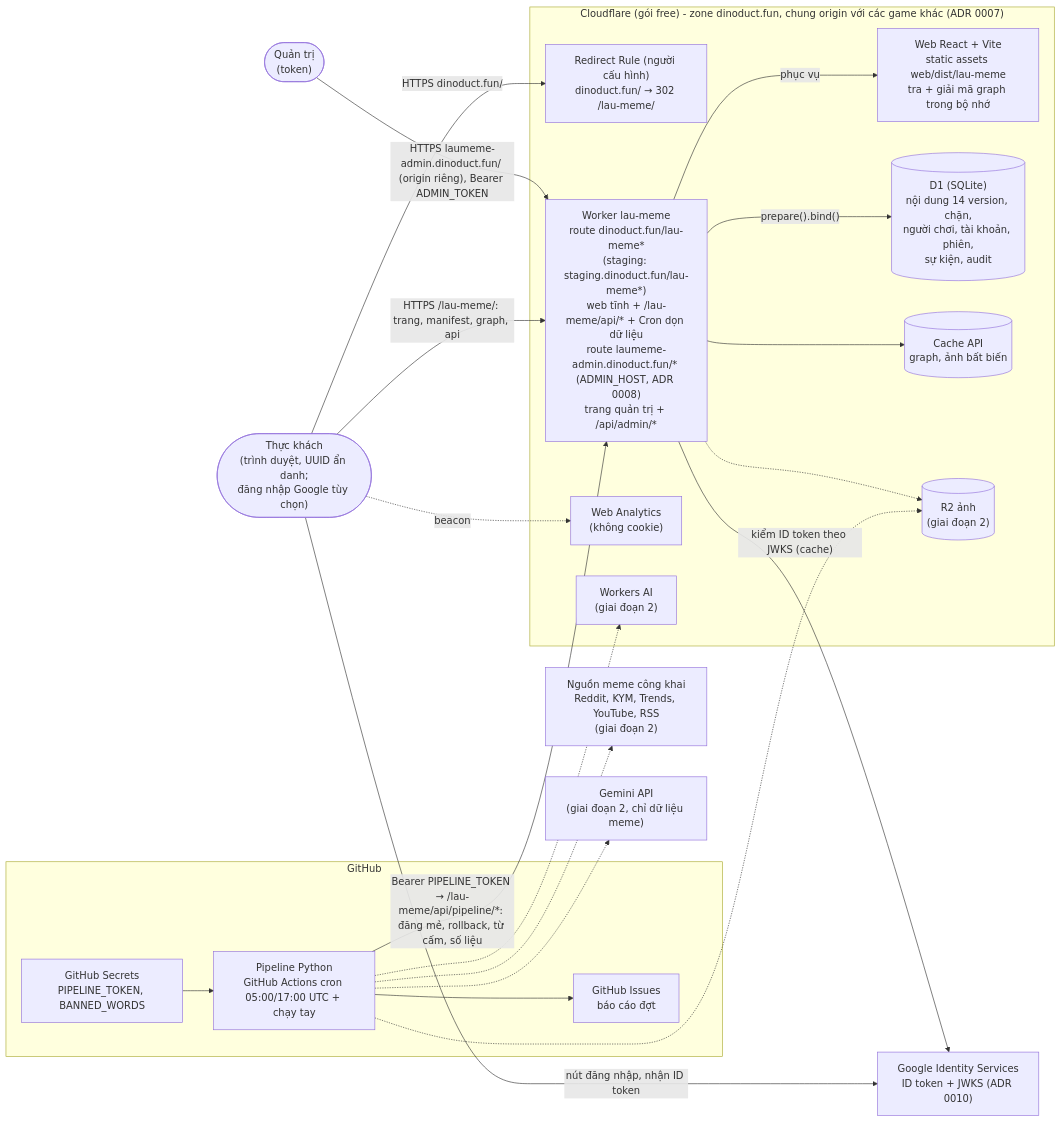
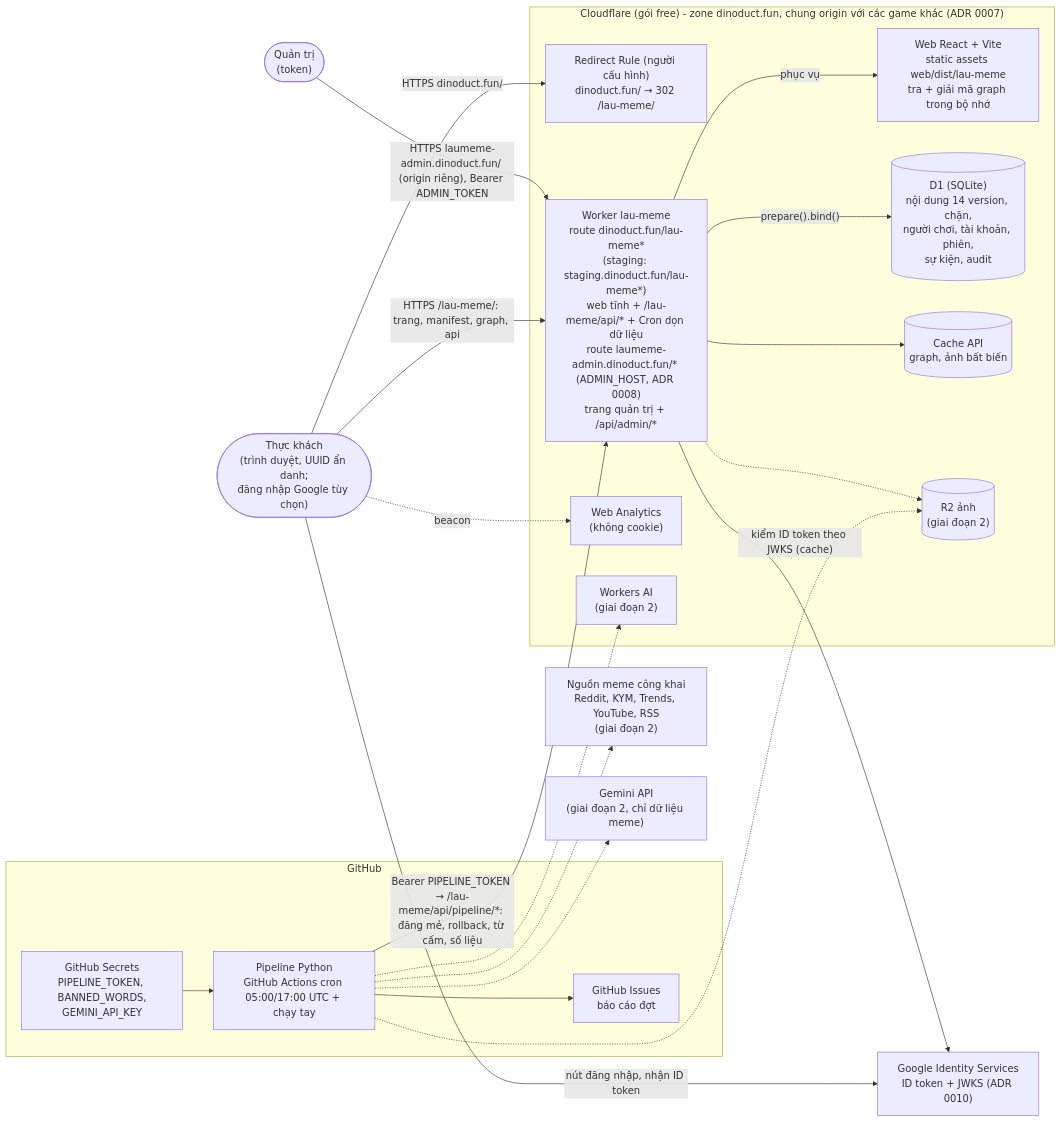
One commit to thucnq/lau-meme changed the diagram in docs/diagrams/system.mmd. Above: the diagram before and after it, drawn with Mermaid. The commit also changed 6 other files, not shown here.

First line of the commit message:
design: kho pipeline giai đoạn 2 (bảng pipeline_store, GET /pipeline/store, store khi đăng mẻ full, admin_blocked trong state; ADR 0009 đã duyệt) và Gemini 2.5 Flash qua REST (ADR 0011)

```diff
--- a/docs/diagrams/system.mmd
+++ b/docs/diagrams/system.mmd
@@ -1,43 +1,43 @@
 %% C4 container - Lẩu Meme (giai đoạn 1; nét đứt = giai đoạn 2)
 flowchart LR
   player(["Thực khách<br/>(trình duyệt, UUID ẩn danh;<br/>đăng nhập Google tùy chọn)"])
   admin(["Quản trị<br/>(token)"])
 
   subgraph cf["Cloudflare (gói free) - zone dinoduct.fun, chung origin với các game khác (ADR 0007)"]
     redirect["Redirect Rule (người cấu hình)<br/>dinoduct.fun/ → 302 /lau-meme/"]
     worker["Worker lau-meme<br/>route dinoduct.fun/lau-meme*<br/>(staging: staging.dinoduct.fun/lau-meme*)<br/>web tĩnh + /lau-meme/api/* + Cron dọn dữ liệu<br/>route laumeme-admin.dinoduct.fun/* (ADMIN_HOST, ADR 0008)<br/>trang quản trị + /api/admin/*"]
     web["Web React + Vite<br/>static assets web/dist/lau-meme<br/>tra + giải mã graph trong bộ nhớ"]
     d1[("D1 (SQLite)<br/>nội dung 14 version, chặn,<br/>người chơi, tài khoản, phiên,<br/>sự kiện, audit")]
     cache[("Cache API<br/>graph, ảnh bất biến")]
     wa["Web Analytics<br/>(không cookie)"]
     r2[("R2 ảnh<br/>(giai đoạn 2)")]
     wai["Workers AI<br/>(giai đoạn 2)"]
   end
 
   subgraph gh["GitHub"]
     actions["Pipeline Python<br/>GitHub Actions cron 05:00/17:00 UTC + chạy tay"]
     issues["GitHub Issues<br/>báo cáo đợt"]
-    secrets["GitHub Secrets<br/>PIPELINE_TOKEN, BANNED_WORDS"]
+    secrets["GitHub Secrets<br/>PIPELINE_TOKEN, BANNED_WORDS,<br/>GEMINI_API_KEY"]
   end
 
   google["Google Identity Services<br/>ID token + JWKS (ADR 0010)"]
   sources["Nguồn meme công khai<br/>Reddit, KYM, Trends, YouTube, RSS<br/>(giai đoạn 2)"]
   gemini["Gemini API<br/>(giai đoạn 2, chỉ dữ liệu meme)"]
 
   player -- "HTTPS dinoduct.fun/" --> redirect
   player -- "HTTPS /lau-meme/: trang, manifest, graph, api" --> worker
   admin -- "HTTPS laumeme-admin.dinoduct.fun/ (origin riêng), Bearer ADMIN_TOKEN" --> worker
   worker -- "phục vụ" --> web
   worker -- "prepare().bind()" --> d1
   worker --> cache
   player -. beacon .-> wa
   player -- "nút đăng nhập, nhận ID token" --> google
   worker -- "kiểm ID token theo JWKS (cache)" --> google
   actions -- "Bearer PIPELINE_TOKEN → /lau-meme/api/pipeline/*: đăng mẻ, rollback, từ cấm, số liệu" --> worker
   actions --> issues
   secrets --> actions
   actions -.-> sources
   actions -.-> gemini
   actions -.-> wai
   actions -.-> r2
   worker -.-> r2
```
